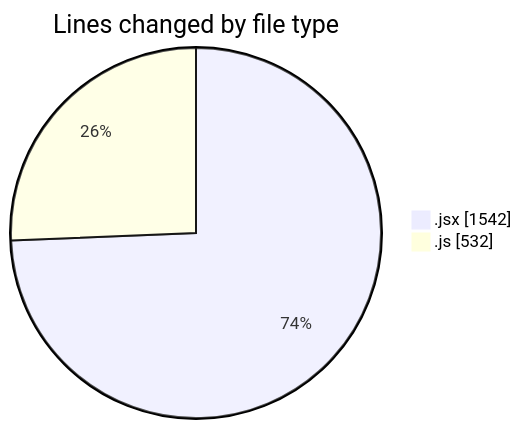
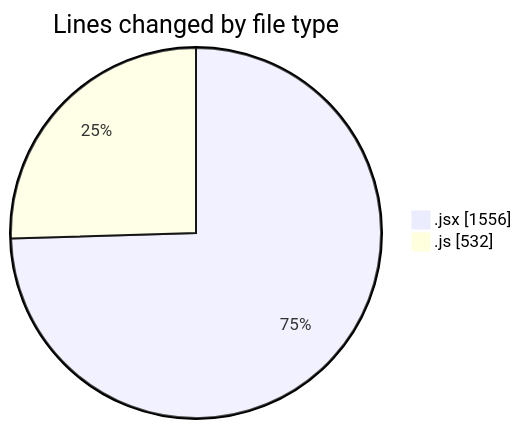
Before and after one commit to nxtqubesakshisongat/code-tracking: the first of 2 diagrams in 2025-11-06/nxtqube_webapp/README.md, drawn with Mermaid. The commit also changed other lines of this file and 1 other file, not shown here.

````diff
--- a/2025-11-06/nxtqube_webapp/README.md
+++ b/2025-11-06/nxtqube_webapp/README.md
@@ -25,6 +25,6 @@
 ```mermaid
 pie showData
 title Lines changed by file type
-".jsx" : 1542
+".jsx" : 1556
 ".js" : 532
 ```
````
